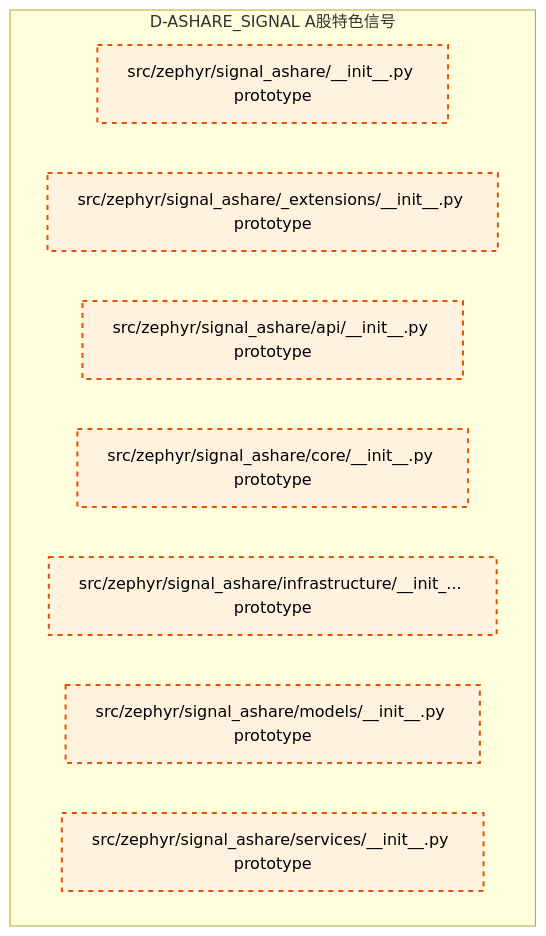
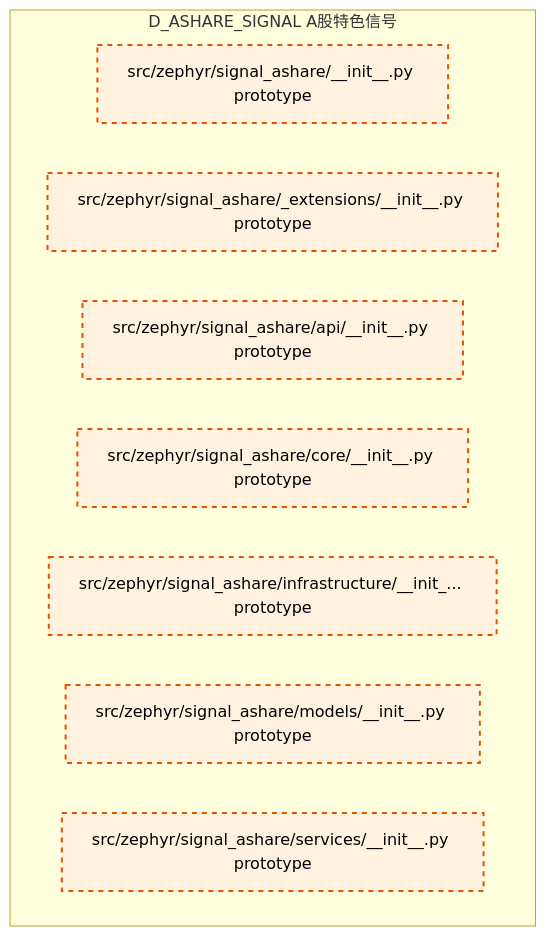
The diagram in docs/02_enterprise_architecture/02_domain_architecture_docs/21_d_ashare_signal.md (xuanFelixVan/ZephyrAlpha), drawn with Mermaid before and after one commit. The commit also changed other lines of this file and 106 other files, not shown here.

````diff
--- a/docs/02_enterprise_architecture/02_domain_architecture_docs/21_d_ashare_signal.md
+++ b/docs/02_enterprise_architecture/02_domain_architecture_docs/21_d_ashare_signal.md
@@ -47,17 +47,17 @@
 ```mermaid
 graph TD
-    subgraph D_ASHARE_SIGNAL["D-ASHARE_SIGNAL A股特色信号"]
+    subgraph D_ASHARE_SIGNAL["D_ASHARE_SIGNAL A股特色信号"]
         src_zephyr_signal_ashare_init_py["src/zephyr/signal_ashare/__init__.py prototype"]
         src_zephyr_signal_ashare_extensions_init_py["src/zephyr/signal_ashare/_extensions/__init__.py prototype"]
         src_zephyr_signal_ashare_api_init_py["src/zephyr/signal_ashare/api/__init__.py prototype"]
         src_zephyr_signal_ashare_core_init_py["src/zephyr/signal_ashare/core/__init__.py prototype"]
         src_zephyr_signal_ashare_infrastructure_init_py["src/zephyr/signal_ashare/infrastructure/__init_... prototype"]
         src_zephyr_signal_ashare_models_init_py["src/zephyr/signal_ashare/models/__init__.py prototype"]
         src_zephyr_signal_ashare_services_init_py["src/zephyr/signal_ashare/services/__init__.py prototype"]
     end
     classDef production fill:#e1f5fe,stroke:#01579b,stroke-width:2px,color:#000
     classDef design fill:#fff3e0,stroke:#e65100,stroke-width:2px,color:#000,stroke-dasharray: 5 5
     classDef external_prod fill:#e8f5e9,stroke:#1b5e20,stroke-width:1px,color:#000
     classDef external_design fill:#fce4ec,stroke:#880e4f,stroke-width:1px,color:#000,stroke-dasharray: 5 5
     class src_zephyr_signal_ashare_init_py,src_zephyr_signal_ashare_extensions_init_py,src_zephyr_signal_ashare_api_init_py,src_zephyr_signal_ashare_core_init_py,src_zephyr_signal_ashare_infrastructure_init_py,src_zephyr_signal_ashare_models_init_py,src_zephyr_signal_ashare_services_init_py design
 ```
````
